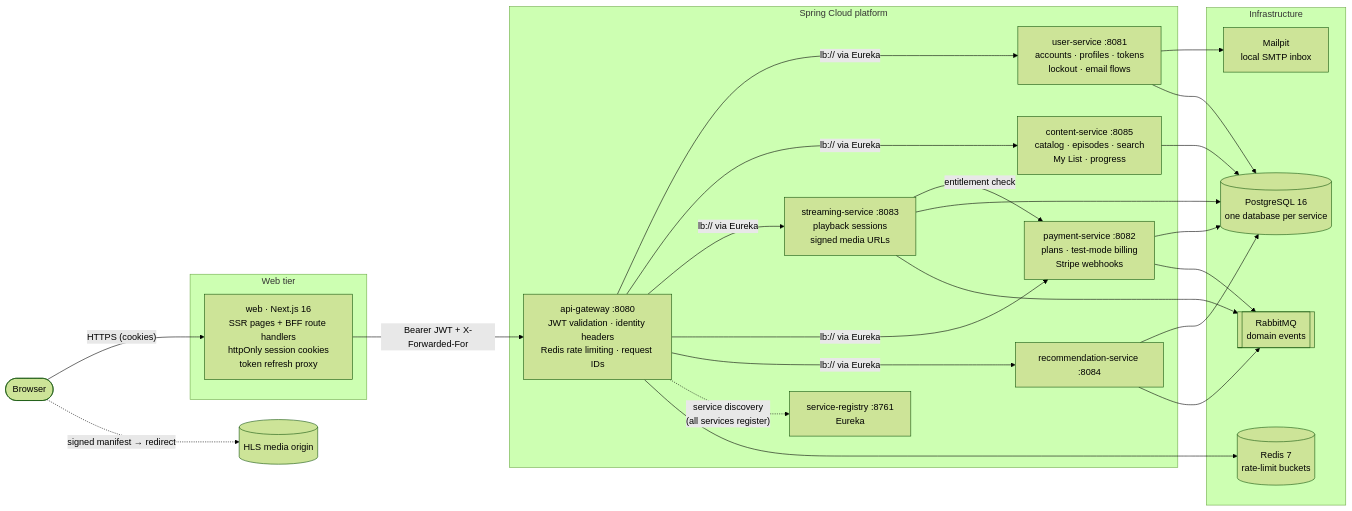
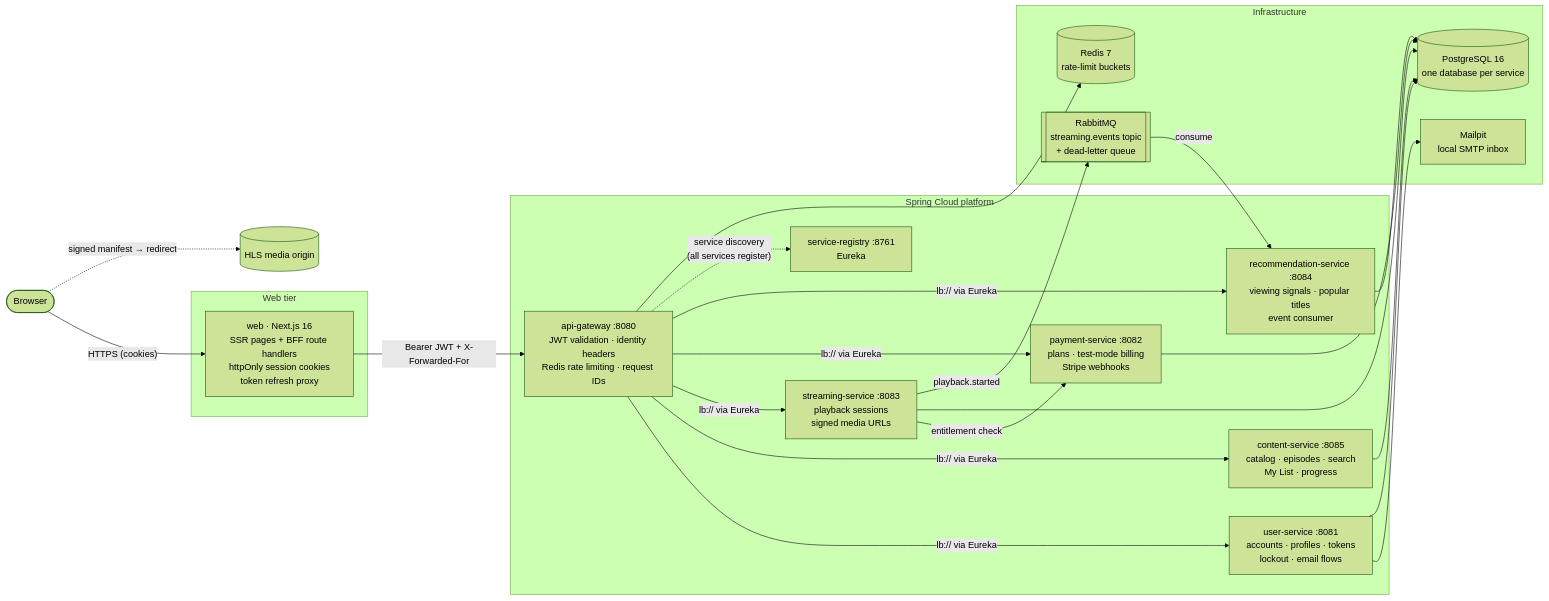
The first of 3 diagrams in README.md (wearthewo/movento), drawn with Mermaid (forest theme) before and after one commit. The commit also changed other lines of this file and 26 other files, not shown here.

First line of the commit message:
Event-driven recommendations over RabbitMQ: "Because you watched" and real Top 10

````diff
--- a/README.md
+++ b/README.md
@@ -45,38 +48,39 @@
 ```mermaid
 flowchart LR
     Browser(["Browser"])
 
     subgraph Edge["Web tier"]
         Web["web · Next.js 16<br/>SSR pages + BFF route handlers<br/>httpOnly session cookies<br/>token refresh proxy"]
     end
 
     subgraph Platform["Spring Cloud platform"]
         GW["api-gateway :8080<br/>JWT validation · identity headers<br/>Redis rate limiting · request IDs"]
         REG["service-registry :8761<br/>Eureka"]
         US["user-service :8081<br/>accounts · profiles · tokens<br/>lockout · email flows"]
         CS["content-service :8085<br/>catalog · episodes · search<br/>My List · progress"]
         SS["streaming-service :8083<br/>playback sessions<br/>signed media URLs"]
         PS["payment-service :8082<br/>plans · test-mode billing<br/>Stripe webhooks"]
-        RS["recommendation-service :8084"]
+        RS["recommendation-service :8084<br/>viewing signals · popular titles<br/>event consumer"]
     end
 
     subgraph Data["Infrastructure"]
         PG[("PostgreSQL 16<br/>one database per service")]
         RD[("Redis 7<br/>rate-limit buckets")]
-        MQ[["RabbitMQ<br/>domain events"]]
+        MQ[["RabbitMQ<br/>streaming.events topic<br/>+ dead-letter queue"]]
         MP["Mailpit<br/>local SMTP inbox"]
     end
 
     Media[("HLS media origin")]
 
     Browser -->|"HTTPS (cookies)"| Web
     Browser -.->|"signed manifest → redirect"| Media
     Web -->|"Bearer JWT + X-Forwarded-For"| GW
     GW -->|"lb:// via Eureka"| US & CS & SS & PS & RS
     GW -.->|"service discovery<br/>(all services register)"| REG
     GW --> RD
     SS -->|"entitlement check"| PS
     US --> MP
     US & CS & SS & PS & RS --> PG
-    SS & PS & RS --> MQ
+    SS -->|"playback.started"| MQ
+    MQ -->|"consume"| RS
 ```
````
